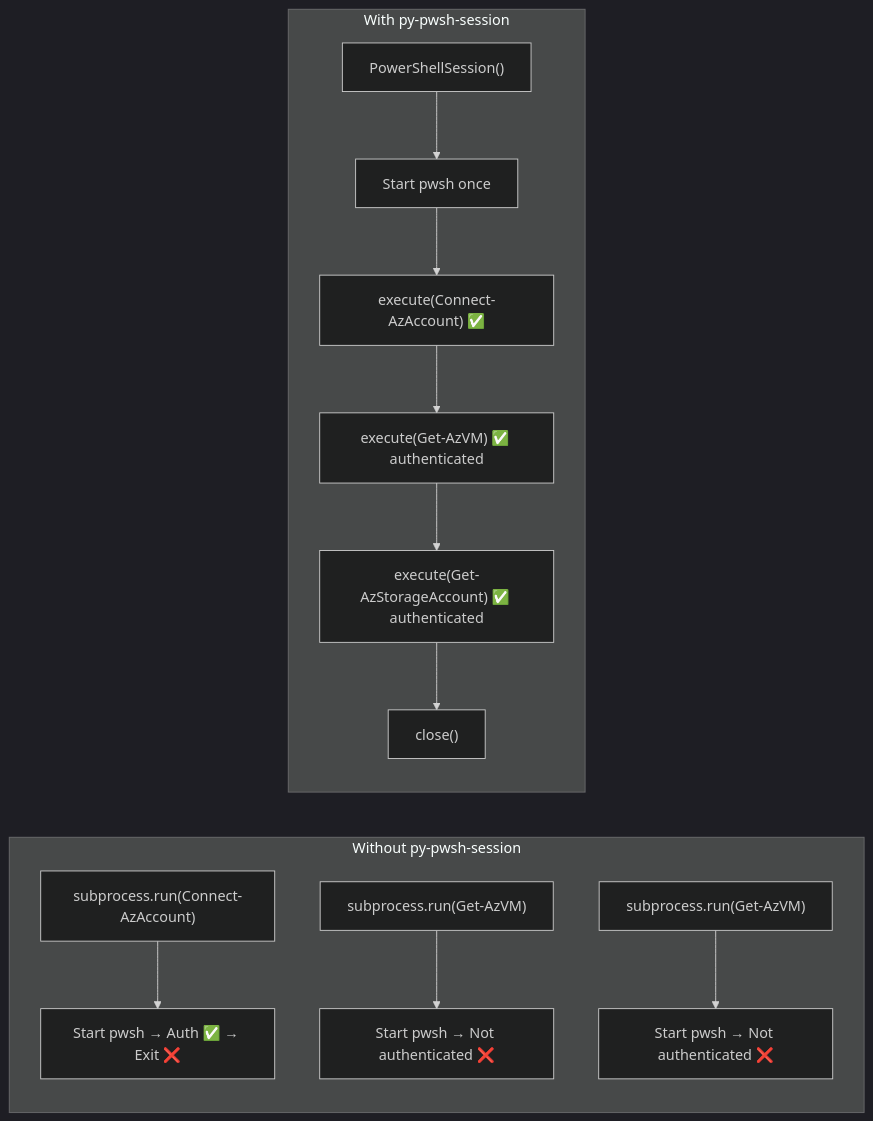
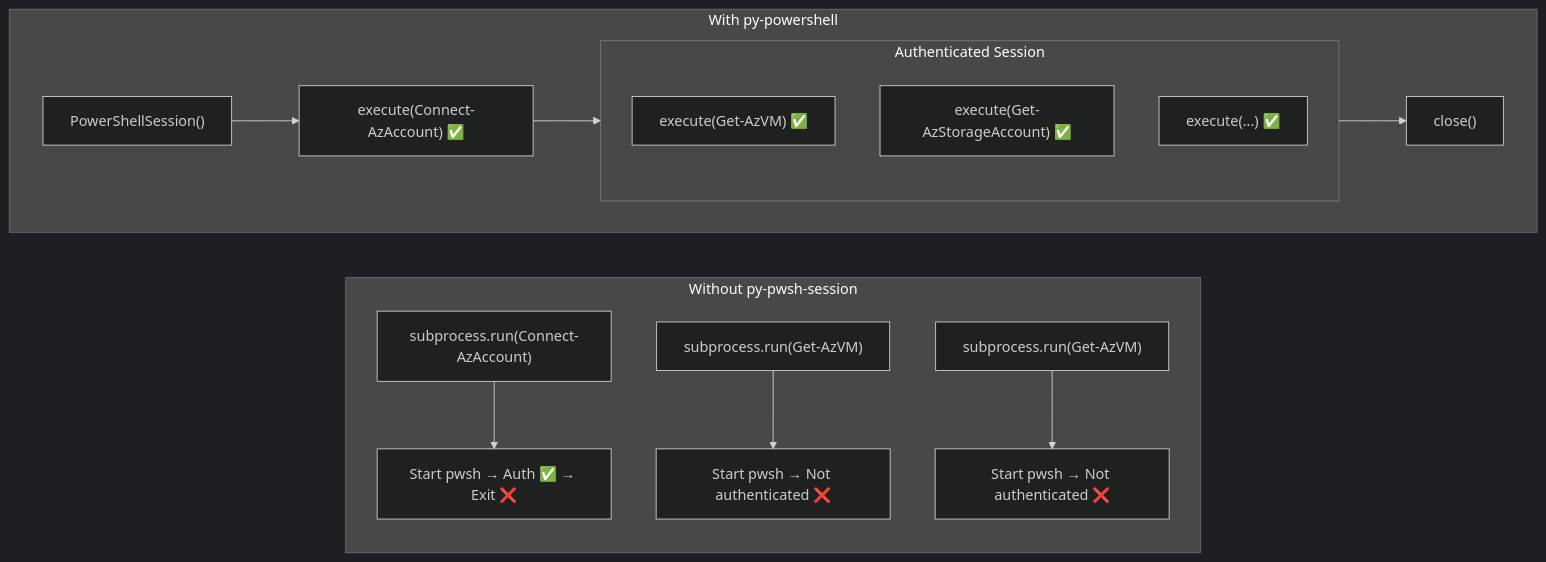
One commit to prowler-cloud/py-pwsh-session changed the third of 3 diagrams in README.md. Above: the diagram before and after it, drawn with Mermaid (dark theme).

Commit message:
docs: redesign session lifecycle diagram for clarity (#37)

````diff
--- a/README.md
+++ b/README.md
@@ -88,18 +88,21 @@
 ```mermaid
 flowchart LR
     subgraph without["Without py-pwsh-session"]
         direction TB
         A1["subprocess.run(Connect-AzAccount)"] --> A2["Start pwsh → Auth ✅ → Exit ❌"]
         A3["subprocess.run(Get-AzVM)"] --> A4["Start pwsh → Not authenticated ❌"]
         A5["subprocess.run(Get-AzVM)"] --> A6["Start pwsh → Not authenticated ❌"]
     end
 
-    subgraph with["With py-pwsh-session"]
-        direction TB
-        B1["PowerShellSession()"] --> B2["Start pwsh once"]
-        B2 --> B3["execute(Connect-AzAccount) ✅"]
-        B3 --> B4["execute(Get-AzVM) ✅ authenticated"]
-        B4 --> B5["execute(Get-AzStorageAccount) ✅ authenticated"]
-        B5 --> B6["close()"]
+    subgraph with["With py-powershell"]
+        direction LR
+        B1["PowerShellSession()"] --> B2["execute(Connect-AzAccount) ✅"]
+        subgraph session["Authenticated Session"]
+            B3["execute(Get-AzVM) ✅"]
+            B4["execute(Get-AzStorageAccount) ✅"]
+            B5["execute(...) ✅"]
+        end
+        B2 --> session
+        session --> B6["close()"]
     end
 ```
````
